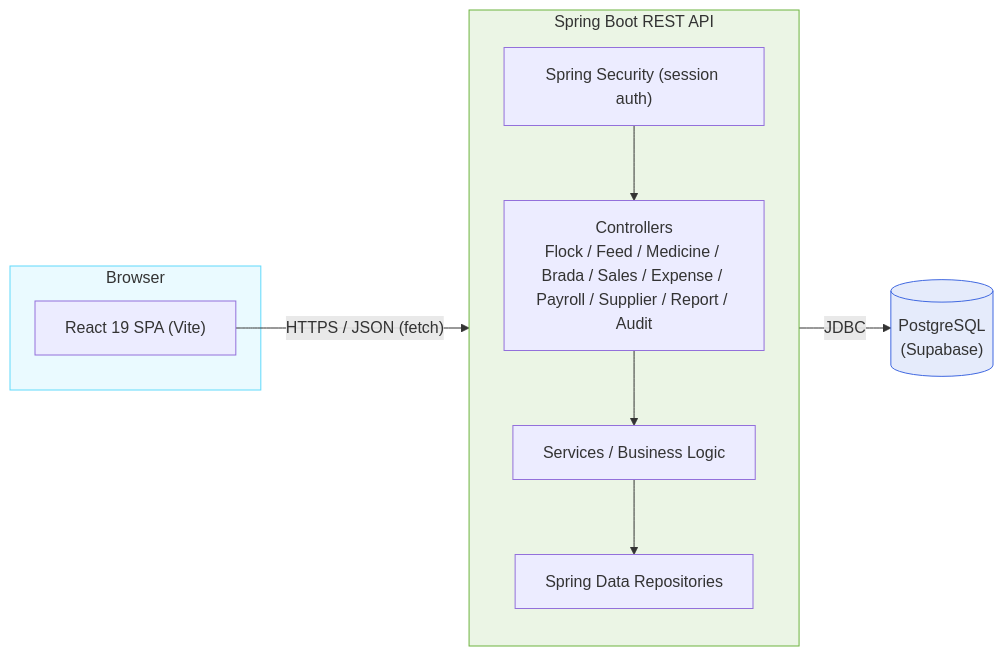
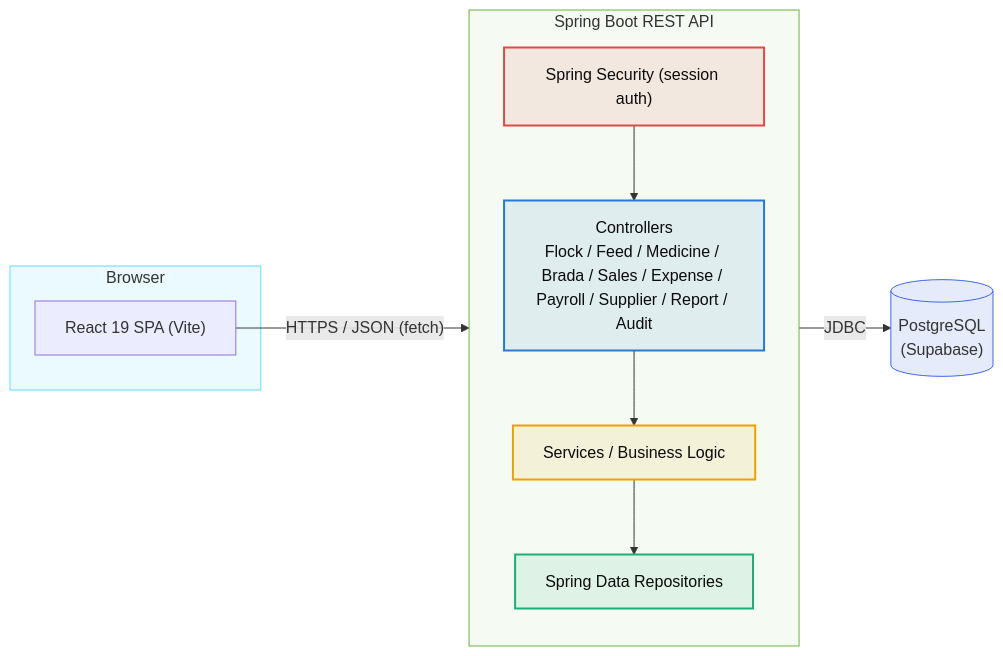
The first of 2 diagrams in README.md (mina-hill/csms), drawn with Mermaid before and after one commit. The commit also changed other lines of this file and 1 other file, not shown here.

Commit message:
Add colorful entities chart and styled architecture diagram

````diff
--- a/README.md
+++ b/README.md
@@ -34,24 +40,33 @@
 ```mermaid
 flowchart LR
     subgraph Client["Browser"]
         SPA["React 19 SPA (Vite)"]
     end
 
     subgraph API["Spring Boot REST API"]
         direction TB
         SEC["Spring Security (session auth)"]
         CTRL["Controllers\nFlock / Feed / Medicine / Brada / Sales / Expense / Payroll / Supplier / Report / Audit"]
         SVC["Services / Business Logic"]
         REPO["Spring Data Repositories"]
         SEC --> CTRL --> SVC --> REPO
     end
 
     DB[("PostgreSQL\n(Supabase)")]
 
     SPA -- "HTTPS / JSON (fetch)" --> SEC
     REPO -- "JDBC" --> DB
 
     style Client fill:#61dafb22,stroke:#61dafb
-    style API fill:#6db33f22,stroke:#6db33f
+    style API fill:#6db33f11,stroke:#6db33f
     style DB fill:#4169e122,stroke:#4169e1
+
+    classDef sec fill:#e344481a,stroke:#e34948,stroke-width:2px,color:#0b0b0b
+    classDef ctrl fill:#2a78d61a,stroke:#2a78d6,stroke-width:2px,color:#0b0b0b
+    classDef svc fill:#eda1001a,stroke:#eda100,stroke-width:2px,color:#0b0b0b
+    classDef repo fill:#1baf7a1a,stroke:#1baf7a,stroke-width:2px,color:#0b0b0b
+    class SEC sec
+    class CTRL ctrl
+    class SVC svc
+    class REPO repo
 ```
````
